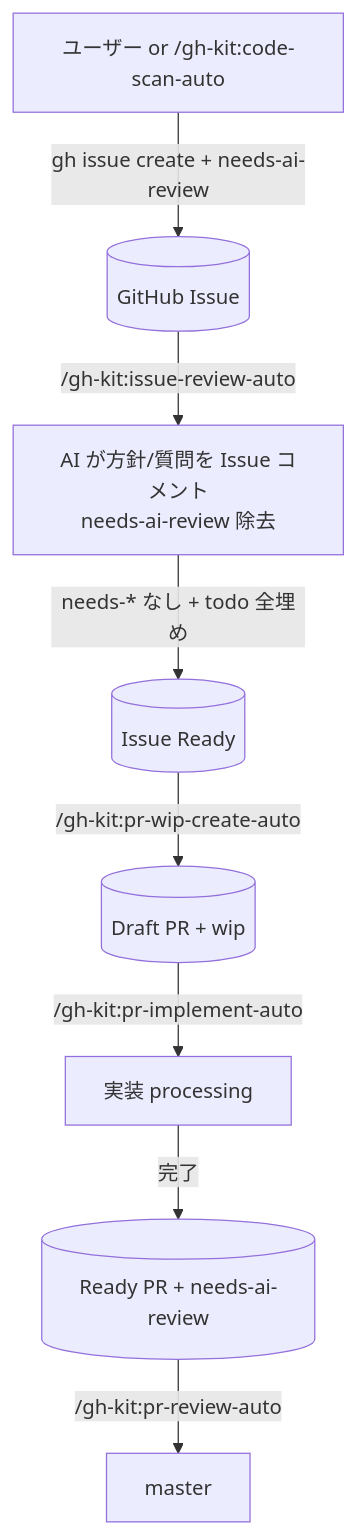
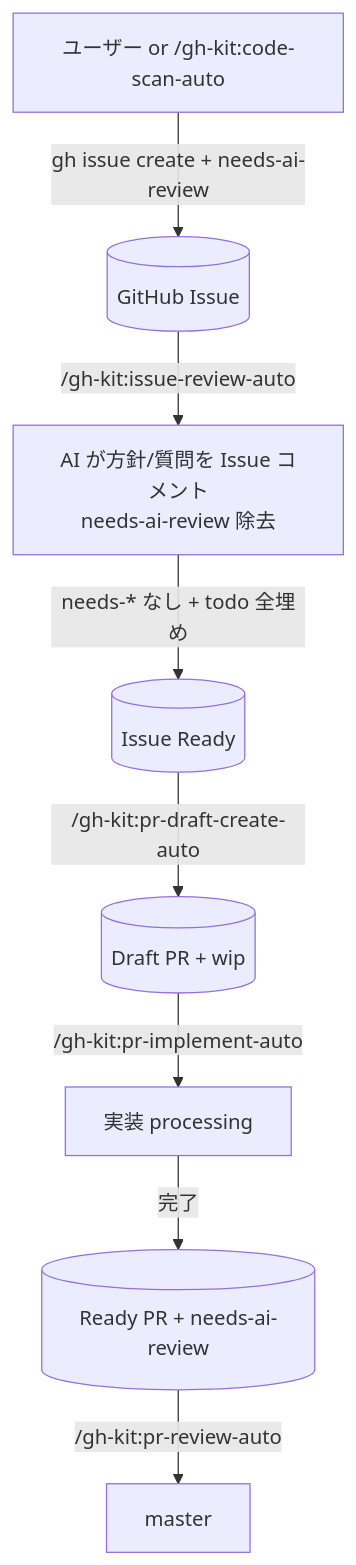
One commit to shuhei1101/my-plugins changed the diagram in plugins/gh-kit/CLAUDE.md. Above: the diagram before and after it, drawn with Mermaid. The commit also changed other lines of this file and 15 other files, not shown here.

First line of the commit message:
refactor(gh-kit): エージェントの動的注入を bash 直接実行に修正 + pr-wip → pr-draft（v0.9）

````diff
--- a/plugins/gh-kit/CLAUDE.md
+++ b/plugins/gh-kit/CLAUDE.md
@@ -9,10 +9,10 @@
 ```mermaid
 flowchart TD
   U[ユーザー or /gh-kit:code-scan-auto] -->|gh issue create + needs-ai-review| Issue[(GitHub Issue)]
   Issue -->|/gh-kit:issue-review-auto| Review[AI が方針/質問を Issue コメント<br>needs-ai-review 除去]
   Review -->|needs-* なし + todo 全埋め| Ready[(Issue Ready)]
-  Ready -->|/gh-kit:pr-wip-create-auto| WIP[(Draft PR + wip)]
+  Ready -->|/gh-kit:pr-draft-create-auto| WIP[(Draft PR + wip)]
   WIP -->|/gh-kit:pr-implement-auto| Implementing[実装 processing]
   Implementing -->|完了| NAR[(Ready PR + needs-ai-review)]
   NAR -->|/gh-kit:pr-review-auto| Merged[master]
 ```
````
